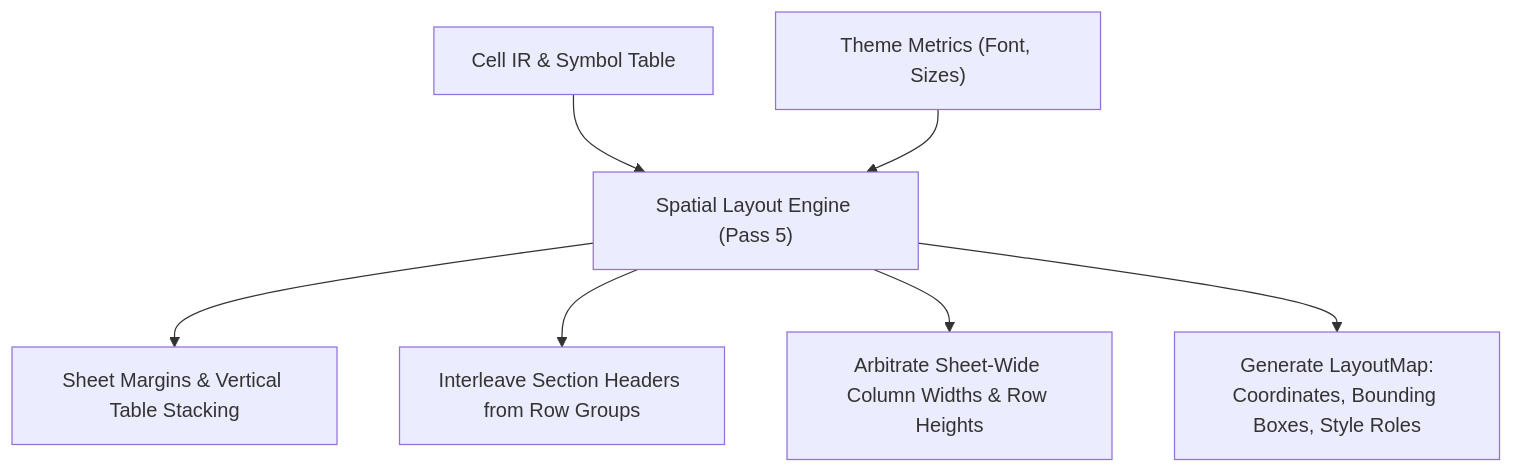
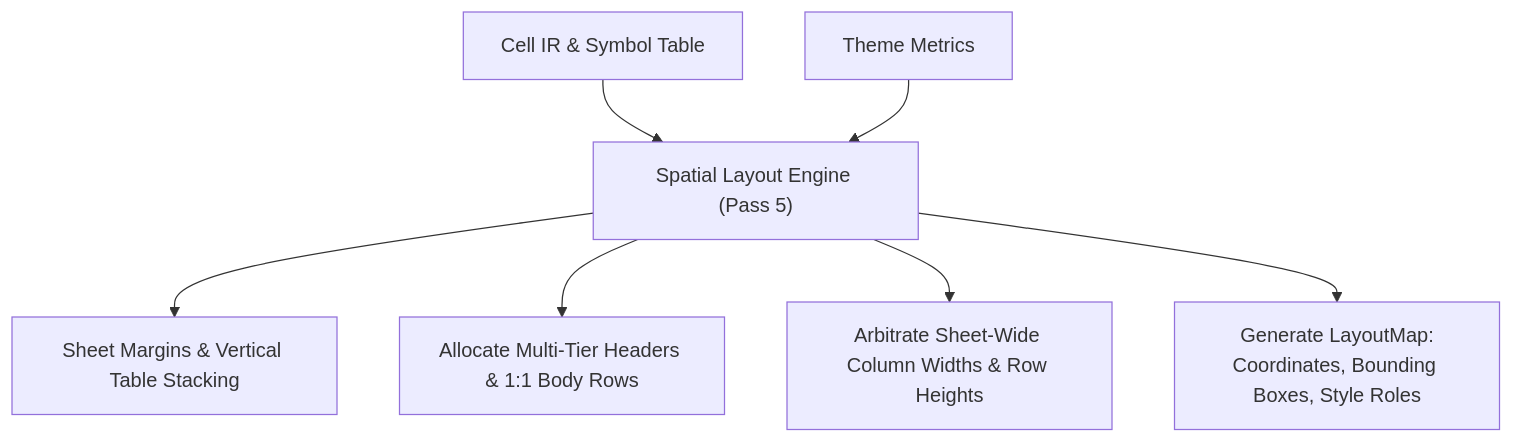
The diagram in docs/compiler/spatial-layout.md (mhcfa/f8), drawn with Mermaid before and after one commit. The commit also changed other lines of this file and 13 other files, not shown here.

First line of the commit message:
docs(dsl, compiler): align architecture and specification documents with explicit grid model

````diff
--- a/docs/compiler/spatial-layout.md
+++ b/docs/compiler/spatial-layout.md
@@ -9,9 +9,9 @@
 ```mermaid
 flowchart TD
     A["Cell IR & Symbol Table"] --> B["Spatial Layout Engine (Pass 5)"]
-    T["Theme Metrics (Font, Sizes)"] --> B
+    T["Theme Metrics"] --> B
     B --> C["Sheet Margins & Vertical Table Stacking"]
-    B --> D["Interleave Section Headers from Row Groups"]
+    B --> D["Allocate Multi-Tier Headers & 1:1 Body Rows"]
     B --> E["Arbitrate Sheet-Wide Column Widths & Row Heights"]
     B --> F["Generate LayoutMap:\nCoordinates, Bounding Boxes, Style Roles"]
 ```
````
